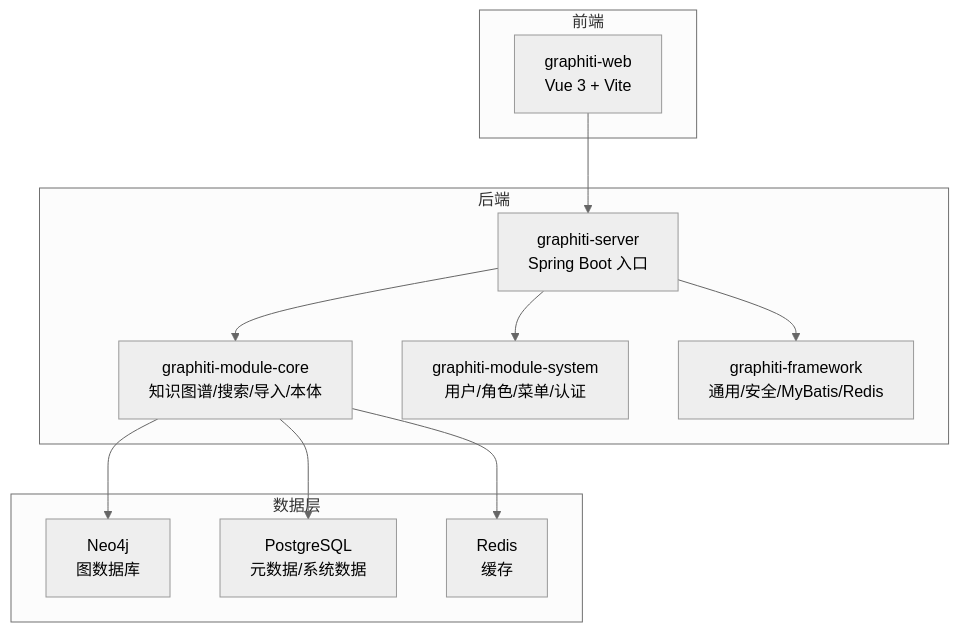
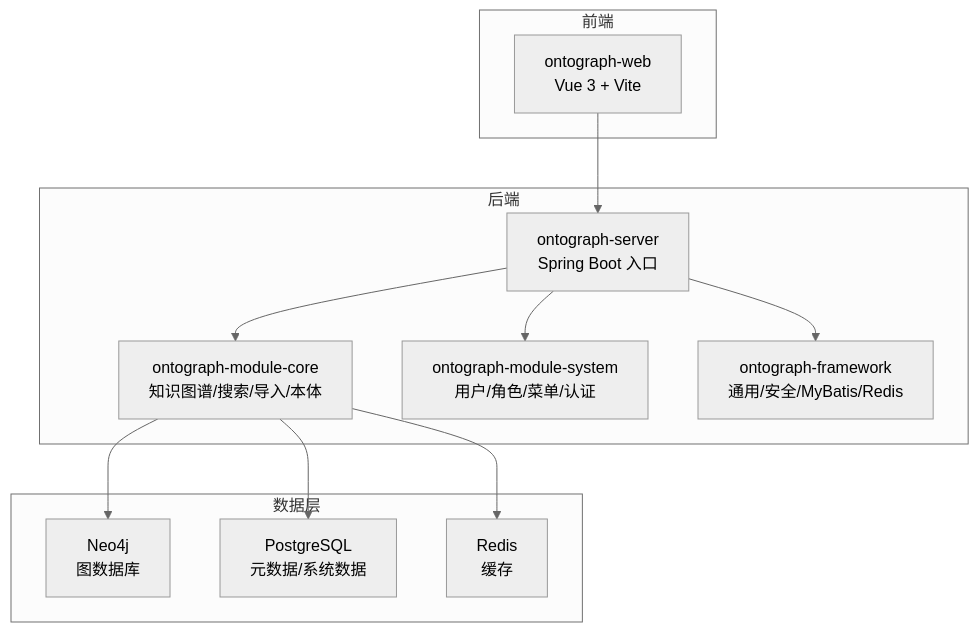
Before and after one commit to joezxh/graphiti-java: the first of 3 diagrams in docs/manual/项目概述/快速开始.md, drawn with Mermaid (neutral theme). The commit also changed other lines of this file and 200 other files, not shown here.

````diff
--- a/docs/manual/项目概述/快速开始.md
+++ b/docs/manual/项目概述/快速开始.md
@@ -46,24 +46,24 @@
 ```mermaid
 graph TB
 subgraph "后端"
-S["graphiti-server<br/>Spring Boot 入口"]
-C["graphiti-module-core<br/>知识图谱/搜索/导入/本体"]
-SYS["graphiti-module-system<br/>用户/角色/菜单/认证"]
-F["graphiti-framework<br/>通用/安全/MyBatis/Redis"]
+S["ontograph-server<br/>Spring Boot 入口"]
+C["ontograph-module-core<br/>知识图谱/搜索/导入/本体"]
+SYS["ontograph-module-system<br/>用户/角色/菜单/认证"]
+F["ontograph-framework<br/>通用/安全/MyBatis/Redis"]
 end
 subgraph "前端"
-WEB["graphiti-web<br/>Vue 3 + Vite"]
+WEB["ontograph-web<br/>Vue 3 + Vite"]
 end
 subgraph "数据层"
 N4J["Neo4j<br/>图数据库"]
 PG["PostgreSQL<br/>元数据/系统数据"]
 R["Redis<br/>缓存"]
 end
 WEB --> S
 S --> C
 S --> SYS
 S --> F
 C --> N4J
 C --> PG
 C --> R
 ```
````
